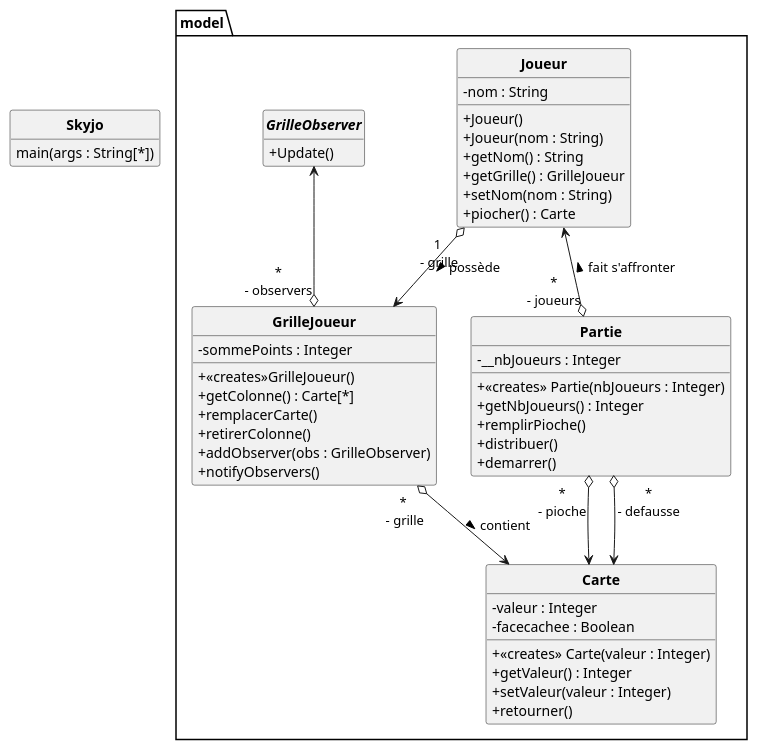
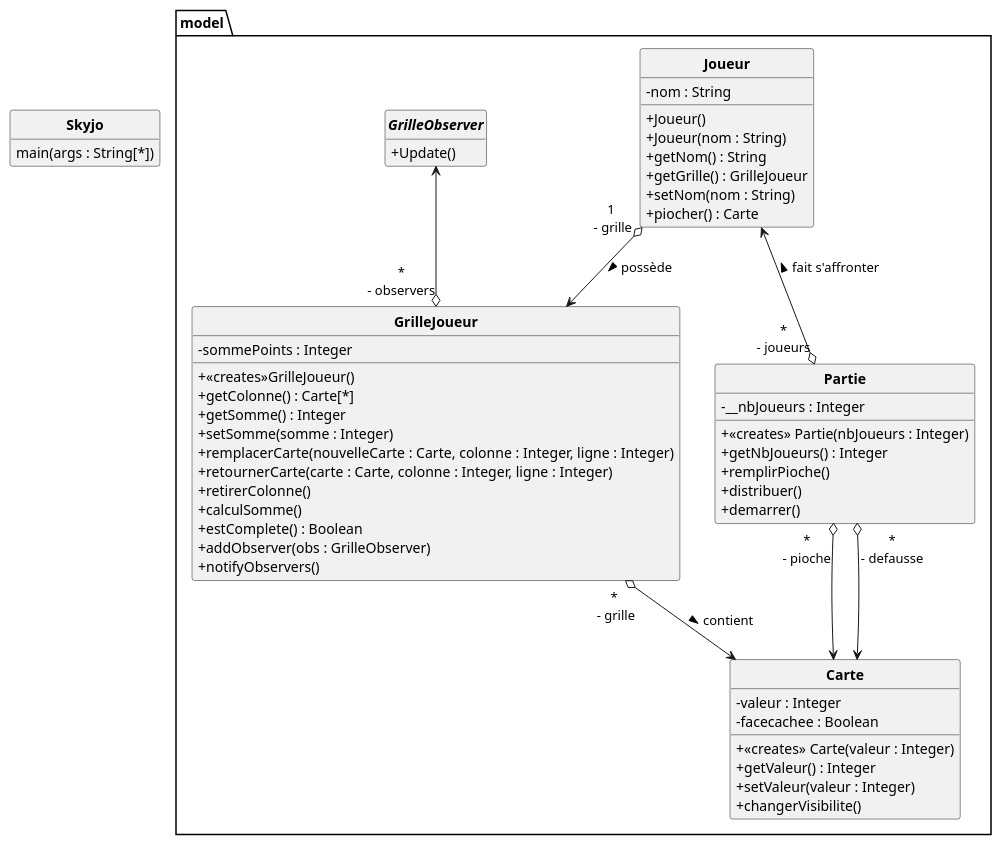
The diagram in skyjo.puml (aymkoub/Skyjo), drawn with PlantUML before and after one commit. The commit also changed 4 other files, not shown here.

```diff
--- a/skyjo.puml
+++ b/skyjo.puml
@@ -1,61 +1,66 @@
 @startuml Skyjo
 skinparam style strictuml
 skinparam classAttributeIconSize 0
 skinparam classFontStyle Bold
 hide empty members
 
 class Skyjo{
     main(args : String[*])
 }
 package model{
     class Carte{
         - valeur : Integer
         - facecachee : Boolean
         + <<creates>> Carte(valeur : Integer)
         + getValeur() : Integer
         + setValeur(valeur : Integer)
-        + retourner()
+        + changerVisibilite()
     }
 
     class Joueur{
         - nom : String
         + Joueur()
         + Joueur(nom : String)
         + getNom() : String
         + getGrille() : GrilleJoueur
         + setNom(nom : String)
         + piocher() : Carte
     }
 
     class GrilleJoueur{
         - sommePoints : Integer
         +<<creates>>GrilleJoueur()
         + getColonne() : Carte[*]
-        + remplacerCarte()
+        + getSomme() : Integer
+        + setSomme(somme : Integer)
+        + remplacerCarte(nouvelleCarte : Carte, colonne : Integer, ligne : Integer)
+        + retournerCarte(carte : Carte, colonne : Integer, ligne : Integer)
         + retirerColonne()
+        + calculSomme()
+        + estComplete() : Boolean
         + addObserver(obs : GrilleObserver)
         + notifyObservers()
     }
 
     Joueur "1\n - grille" o--> GrilleJoueur : possède >
 
     interface GrilleObserver{
         + Update()
     }
     GrilleJoueur "*\n- observers" o-u-> GrilleObserver
 
     class Partie{
         - __nbJoueurs : Integer
         + <<creates>> Partie(nbJoueurs : Integer)
         + getNbJoueurs() : Integer
         + remplirPioche()
         + distribuer()
-        +demarrer()
+        + demarrer()
     }
 
     Partie "*\n- pioche" o--> Carte
     Partie "*\n- defausse" o--> Carte
     Partie "*\n- joueurs" o-u-> Joueur : fait s'affronter >
     GrilleJoueur "*\n - grille" o--> Carte : contient >
 }
 @enduml
```
